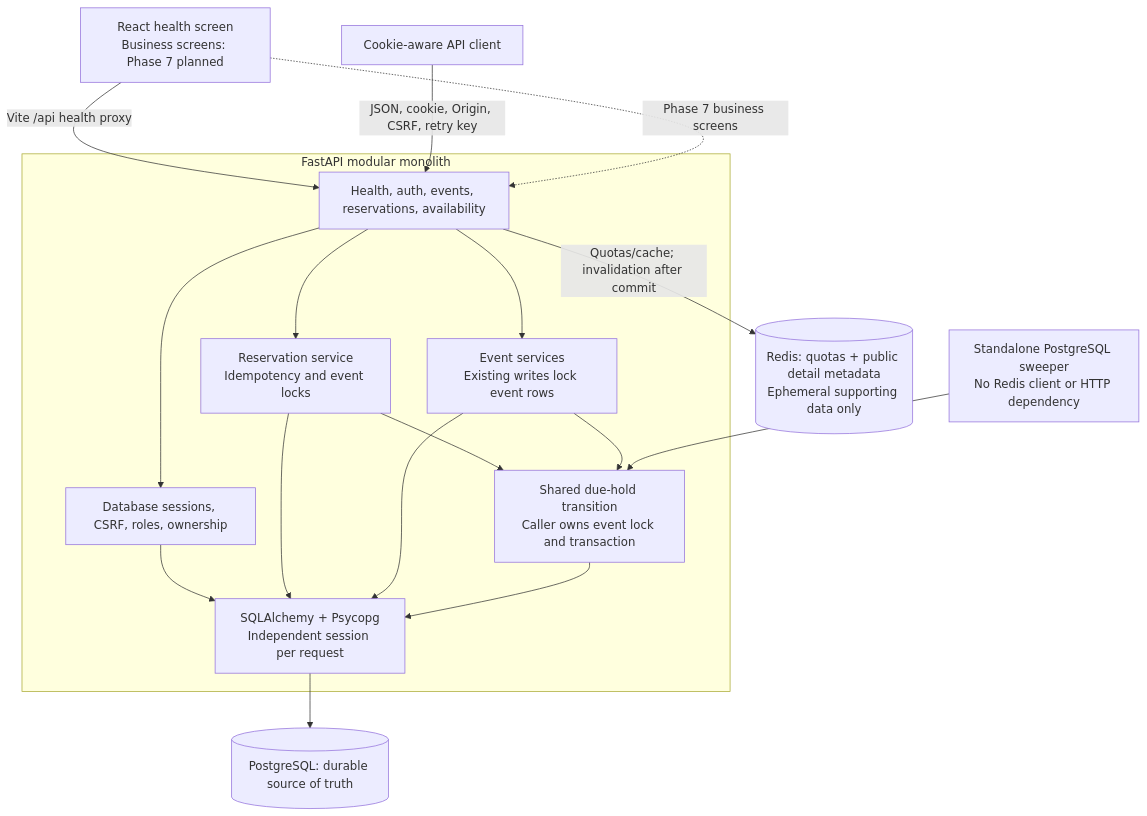
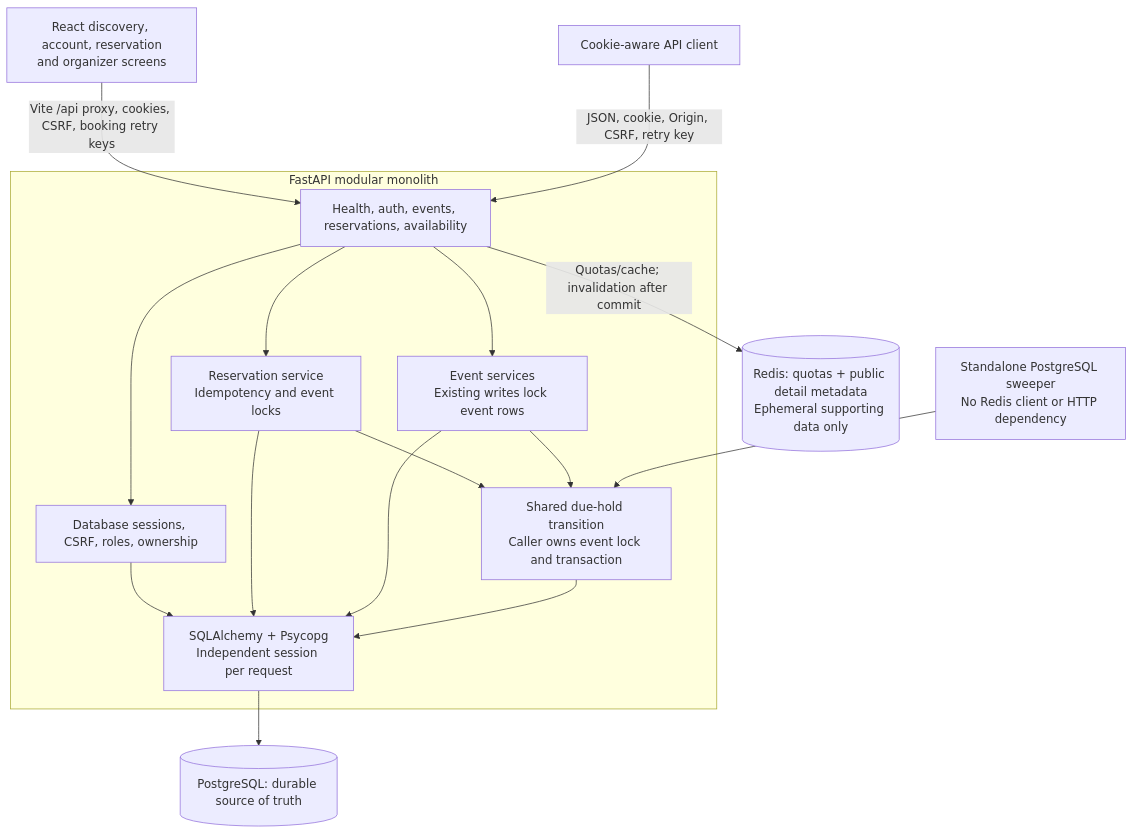
One commit to ShreyasKowshal/Concurrency-Safe-Reservation-System changed the first of 4 diagrams in docs/architecture.md. Above: the diagram before and after it, drawn with Mermaid. The commit also changed other lines of this file and 44 other files, not shown here.

Commit message:
feat: build complete React reservation frontend

````diff
--- a/docs/architecture.md
+++ b/docs/architecture.md
@@ -102,31 +103,30 @@
 ```mermaid
 flowchart TB
-    Web["React health screen<br/>Business screens: Phase 7 planned"]
+    Web["React discovery, account, reservation<br/>and organizer screens"]
     Client["Cookie-aware API client"]
     subgraph Backend["FastAPI modular monolith"]
         Api["Health, auth, events, reservations, availability"]
         Auth["Database sessions, CSRF, roles, ownership"]
         Events["Event services<br/>Existing writes lock event rows"]
         Booking["Reservation service<br/>Idempotency and event locks"]
         Cleanup["Shared due-hold transition<br/>Caller owns event lock and transaction"]
         Orm["SQLAlchemy + Psycopg<br/>Independent session per request"]
         Api --> Auth
         Api --> Events
         Api --> Booking
         Booking --> Cleanup
         Events --> Cleanup
         Auth --> Orm
         Booking --> Orm
         Events --> Orm
         Cleanup --> Orm
     end
     Pg[("PostgreSQL: durable source of truth")]
     Redis[("Redis: quotas + public detail metadata<br/>Ephemeral supporting data only")]
     Worker["Standalone PostgreSQL sweeper<br/>No Redis client or HTTP dependency"]
-    Web -->|"Vite /api health proxy"| Api
+    Web -->|"Vite /api proxy, cookies, CSRF, booking retry keys"| Api
     Client -->|"JSON, cookie, Origin, CSRF, retry key"| Api
-    Web -.->|"Phase 7 business screens"| Api
     Orm --> Pg
     Api -->|"Quotas/cache; invalidation after commit"| Redis
     Worker --> Cleanup
 ```
````
